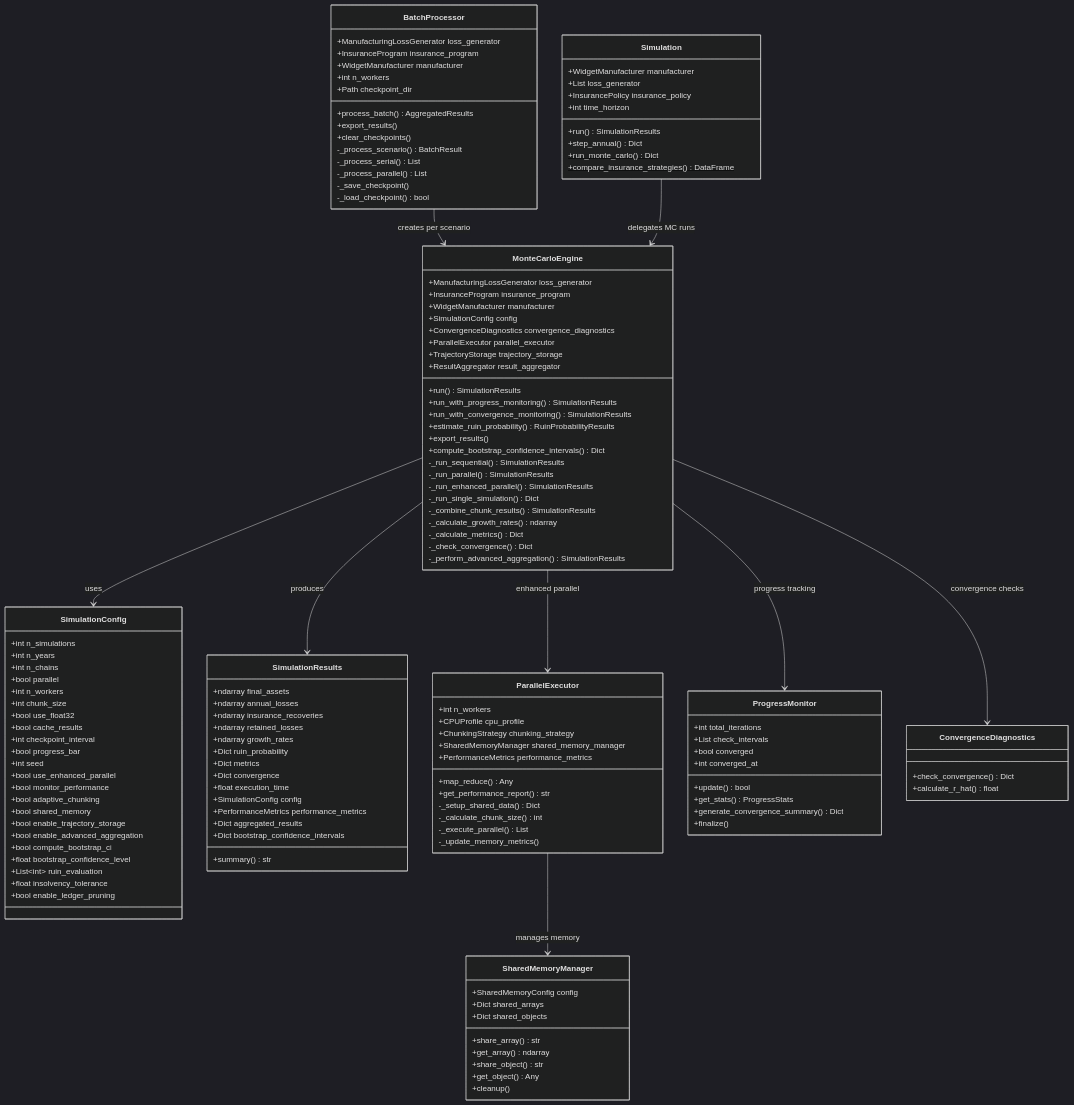
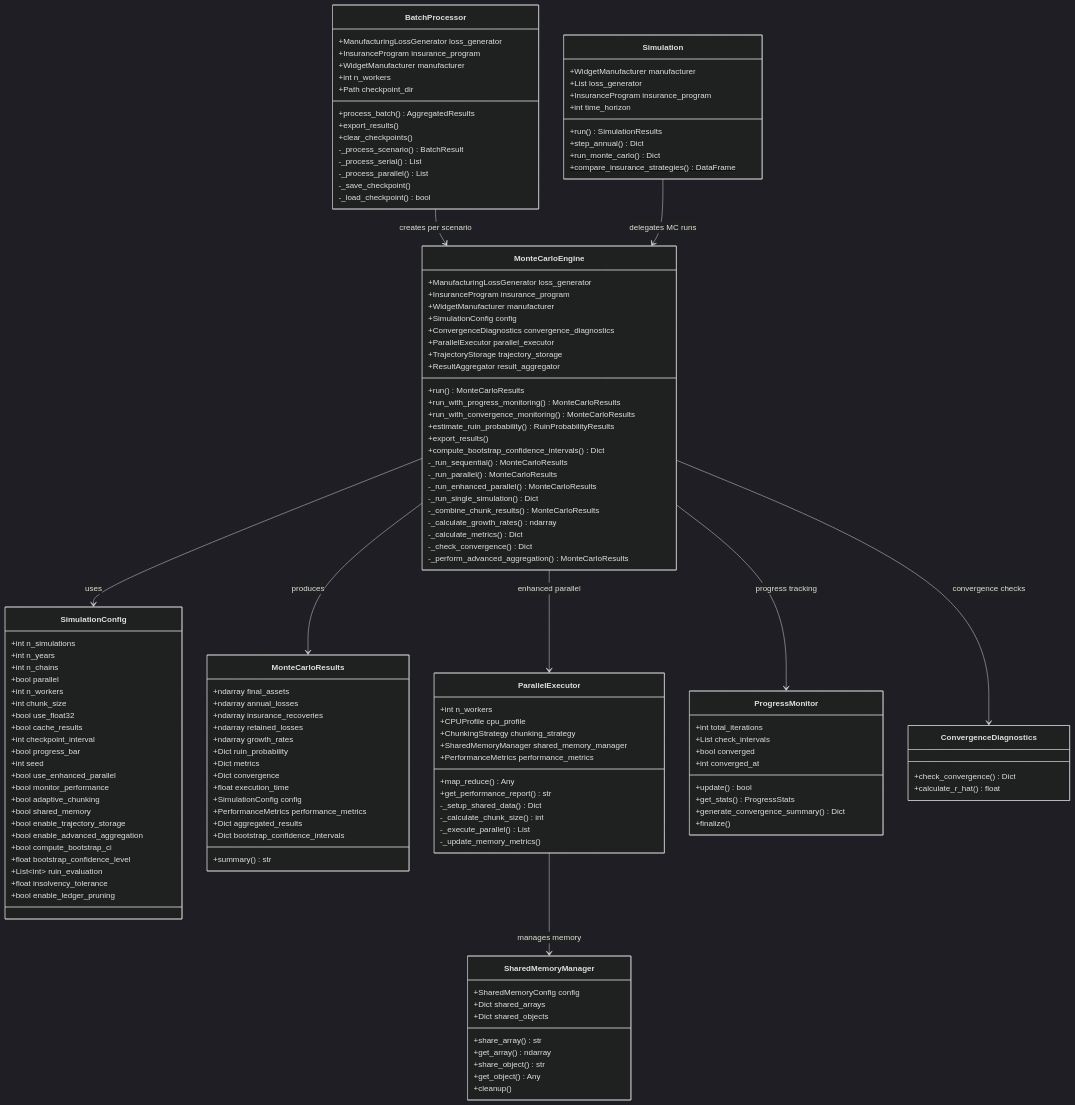
Before and after one commit to AlexFiliakov/Ergodic-Insurance-Limits: the third of 8 diagrams in ergodic_insurance/docs/architecture/monte_carlo_architecture.md, drawn with Mermaid (dark theme). The commit also changed other lines of this file and 105 other files, not shown here.

First line of the commit message:
feat!: API cleanup — rename SimulationResults, deprecate InsurancePolicy, and fix validation (#579)

```diff
--- a/ergodic_insurance/docs/architecture/monte_carlo_architecture.md
+++ b/ergodic_insurance/docs/architecture/monte_carlo_architecture.md
@@ -188,7 +188,7 @@
         +bool enable_ledger_pruning
     }
 
-    class SimulationResults {
+    class MonteCarloResults {
         +ndarray final_assets
         +ndarray annual_losses
         +ndarray insurance_recoveries
@@ -214,21 +214,21 @@
         +ParallelExecutor parallel_executor
         +TrajectoryStorage trajectory_storage
         +ResultAggregator result_aggregator
-        +run() SimulationResults
-        +run_with_progress_monitoring() SimulationResults
-        +run_with_convergence_monitoring() SimulationResults
+        +run() MonteCarloResults
+        +run_with_progress_monitoring() MonteCarloResults
+        +run_with_convergence_monitoring() MonteCarloResults
         +estimate_ruin_probability() RuinProbabilityResults
         +export_results()
         +compute_bootstrap_confidence_intervals() Dict
-        -_run_sequential() SimulationResults
-        -_run_parallel() SimulationResults
-        -_run_enhanced_parallel() SimulationResults
+        -_run_sequential() MonteCarloResults
+        -_run_parallel() MonteCarloResults
+        -_run_enhanced_parallel() MonteCarloResults
         -_run_single_simulation() Dict
-        -_combine_chunk_results() SimulationResults
+        -_combine_chunk_results() MonteCarloResults
         -_calculate_growth_rates() ndarray
         -_calculate_metrics() Dict
         -_check_convergence() Dict
-        -_perform_advanced_aggregation() SimulationResults
+        -_perform_advanced_aggregation() MonteCarloResults
     }
 
     class ParallelExecutor {
@@ -275,7 +275,7 @@
     class Simulation {
         +WidgetManufacturer manufacturer
         +List loss_generator
-        +InsurancePolicy insurance_policy
+        +InsuranceProgram insurance_program
         +int time_horizon
         +run() SimulationResults
         +step_annual() Dict
@@ -300,7 +300,7 @@
     }
 
     MonteCarloEngine --> SimulationConfig : uses
-    MonteCarloEngine --> SimulationResults : produces
+    MonteCarloEngine --> MonteCarloResults : produces
     MonteCarloEngine --> ParallelExecutor : enhanced parallel
     MonteCarloEngine --> ConvergenceDiagnostics : convergence checks
     MonteCarloEngine --> ProgressMonitor : progress tracking
```
